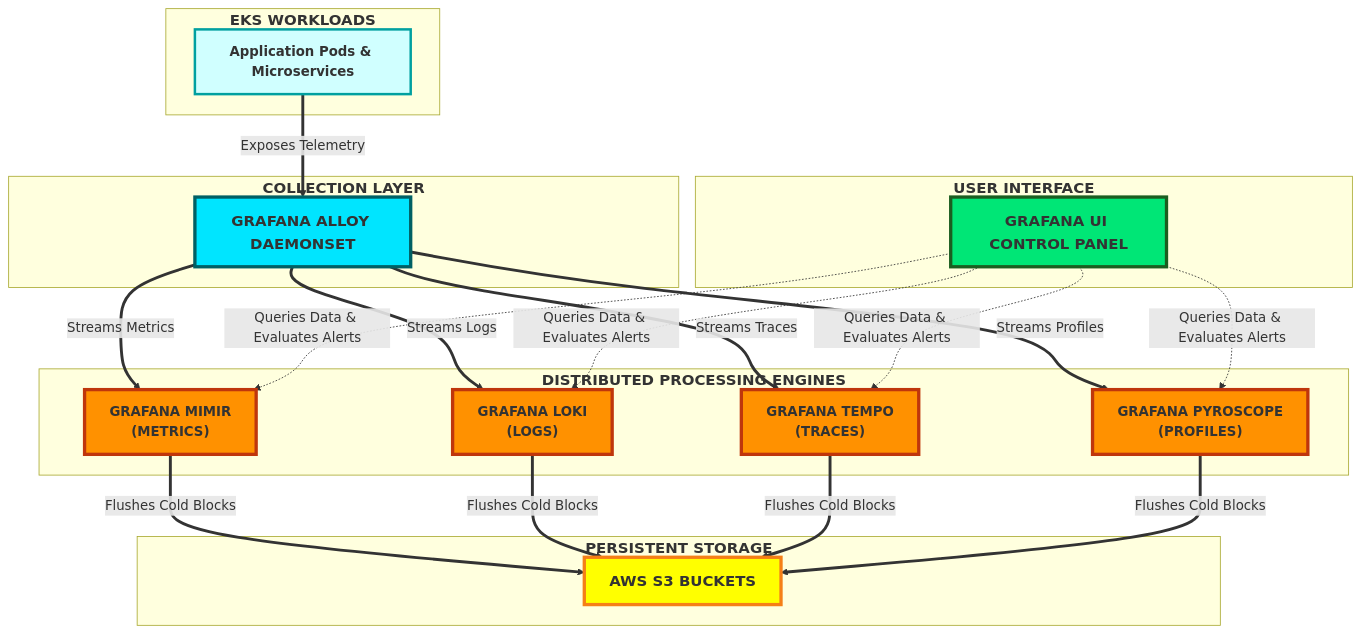
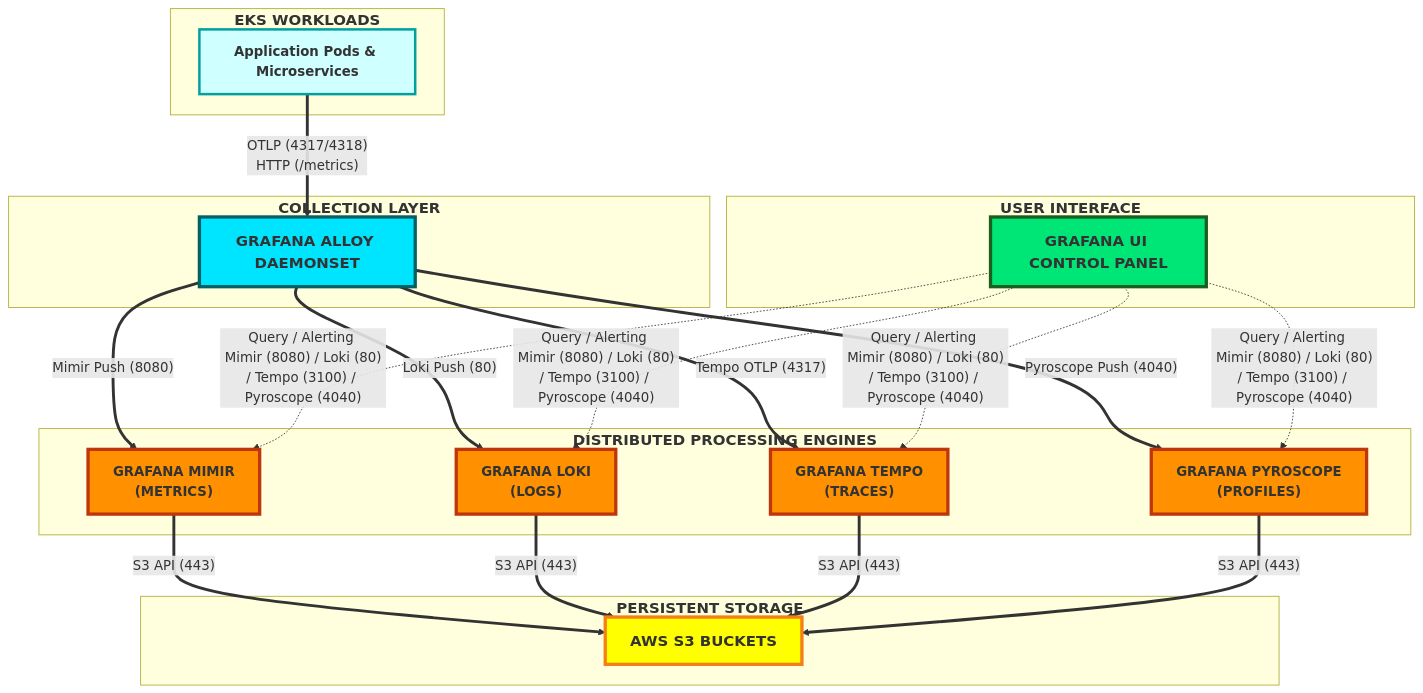
Before and after one commit to thakursuraj509/test: the diagram in README.md, drawn with Mermaid. The commit also changed other lines of this file, not shown here.

First line of the commit message:
Revise telemetry connections and add S3 automation script

````diff
--- a/README.md
+++ b/README.md
@@ -47,54 +47,54 @@
 ```mermaid
 graph TD
     %% Define Highly Visible High-Contrast Bright Colors
     classDef app fill:#D0FFFF,stroke:#00A0A0,stroke-width:3px;
     classDef agent fill:#00E5FF,stroke:#006064,stroke-width:4px;
     classDef backend fill:#FF9100,stroke:#BF360C,stroke-width:4px;
     classDef storage fill:#FFFF00,stroke:#F57F17,stroke-width:4px;
     classDef ui fill:#00E676,stroke:#1B5E20,stroke-width:4px;
 
     %% --- 1. APPLICATION LAYER ---
     subgraph AppLayer ["<span style='font-size:18px'><b>EKS WORKLOADS</b></span>"]
         A["<span style='font-size:16px'><b>Application Pods & Microservices</b></span>"]
     end
     class A app;
 
     %% --- 2. COLLECTION LAYER ---
     subgraph CollectionLayer ["<span style='font-size:18px'><b>COLLECTION LAYER</b></span>"]
         B["<span style='font-size:18px'><b>GRAFANA ALLOY DAEMONSET</b></span>"]
     end
     class B agent;
 
     %% --- 3. STORAGE & PROCESSING BACKENDS ---
     subgraph ProcessingLayer ["<span style='font-size:18px'><b>DISTRIBUTED PROCESSING ENGINES</b></span>"]
         C["<span style='font-size:16px'><b>GRAFANA MIMIR <br> (METRICS)</b></span>"]
         D["<span style='font-size:16px'><b>GRAFANA LOKI <br> (LOGS)</b></span>"]
         E["<span style='font-size:16px'><b>GRAFANA TEMPO <br> (TRACES)</b></span>"]
         F["<span style='font-size:16px'><b>GRAFANA PYROSCOPE <br> (PROFILES)</b></span>"]
     end
     class C,D,E,F backend;
 
     %% --- 4. COLD STORAGE ---
     subgraph StorageLayer ["<span style='font-size:18px'><b>PERSISTENT STORAGE</b></span>"]
         G["<span style='font-size:18px'><b>AWS S3 BUCKETS</b></span>"]
     end
     class G storage;
 
     %% --- 5. VISUALIZATION LAYER ---
     subgraph VisualizationLayer ["<span style='font-size:18px'><b>USER INTERFACE</b></span>"]
         H["<span style='font-size:18px'><b>GRAFANA UI CONTROL PANEL</b></span>"]
     end
     class H ui;
 
     %% --- PIPELINE CONNECTIONS (FLOW) ---
-    A == Exposes Telemetry ==> B
+    A == "OTLP (4317/4318) <br> HTTP (/metrics)" ==> B
     
-    B == Streams Metrics ==> C
-    B == Streams Logs ==> D
-    B == Streams Traces ==> E
-    B == Streams Profiles ==> F
+    B == "Mimir Push (8080)" ==> C
+    B == "Loki Push (80)" ==> D
+    B == "Tempo OTLP (4317)" ==> E
+    B == "Pyroscope Push (4040)" ==> F
     
-    C & D & E & F == Flushes Cold Blocks ==> G
+    C & D & E & F == "S3 API (443)" ==> G
     
-    H -. Queries Data & Evaluates Alerts .-> C & D & E & F
+    H -. "Query / Alerting <br> Mimir (8080) / Loki (80) / Tempo (3100) / Pyroscope (4040)" .-> C & D & E & F
 ```
````
